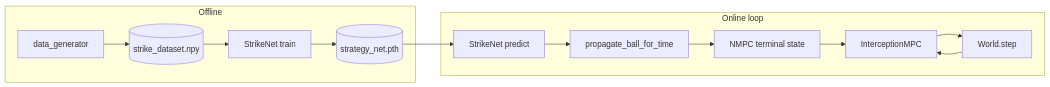
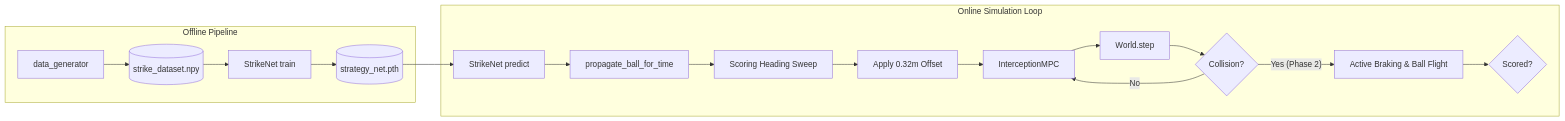
One commit to Nikunj-Agarwal/project_rocket_soccer changed the diagram in docs/SYSTEM_OVERVIEW.md. Above: the diagram before and after it, drawn with Mermaid. The commit also changed other lines of this file and 24 other files, not shown here.

Commit message:
New physics added for hitting the ball into the goal

````diff
--- a/docs/SYSTEM_OVERVIEW.md
+++ b/docs/SYSTEM_OVERVIEW.md
@@ -9,19 +14,21 @@
 ```mermaid
 flowchart LR
-  subgraph offline [Offline]
-    DG[data_generator]
-    SN[StrikeNet train]
-    DG --> DS[(strike_dataset.npy)]
-    DS --> SN
+  subgraph offline [Offline Pipeline]
+    DG[data_generator] --> DS[(strike_dataset.npy)]
+    DS --> SN[StrikeNet train]
     SN --> M[(strategy_net.pth)]
   end
 
-  subgraph online [Online loop]
+  subgraph online [Online Simulation Loop]
     M --> Pred[StrikeNet predict]
     Pred --> Bounce[propagate_ball_for_time]
-    Bounce --> Target[NMPC terminal state]
-    Target --> MPC[InterceptionMPC]
+    Bounce --> ThetaSweep[Scoring Heading Sweep]
+    ThetaSweep --> Offset[Apply 0.32m Offset]
+    Offset --> MPC[InterceptionMPC]
     MPC --> World[World.step]
-    World --> MPC
+    World --> Collision{Collision?}
+    Collision -- No --> MPC
+    Collision -- Yes (Phase 2) --> Brake[Active Braking & Ball Flight]
+    Brake --> GoalCheck{Scored?}
   end
 ```
````
